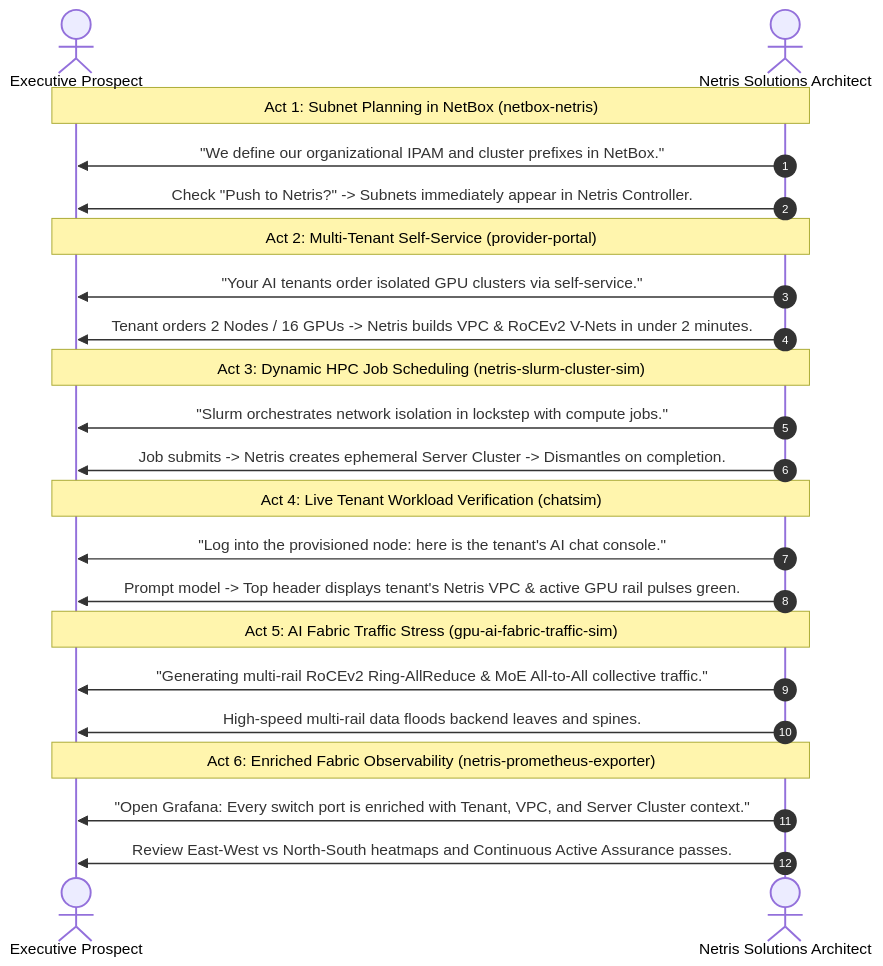
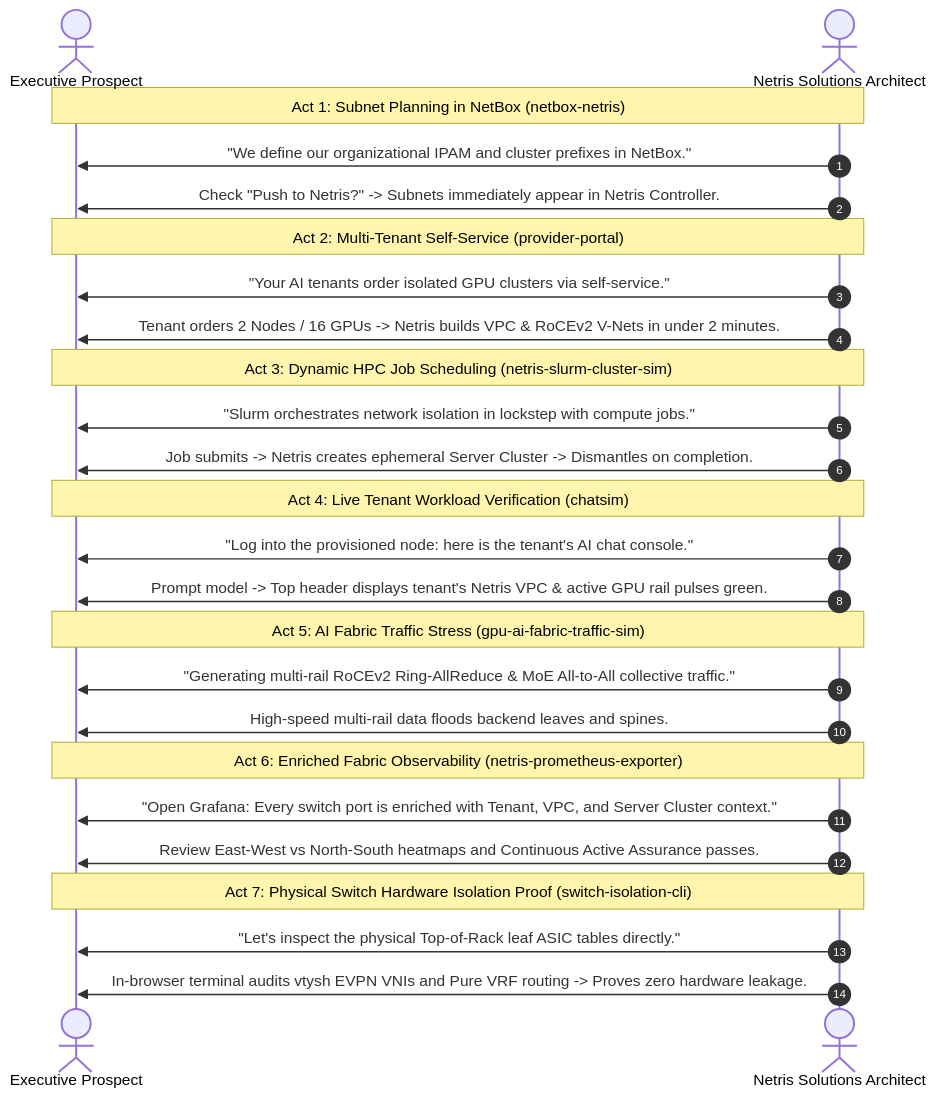
One commit to iamjarvs/netris_demo_portal changed the second of 2 diagrams in README.md. Above: the diagram before and after it, drawn with Mermaid. The commit also changed other lines of this file and 43 other files, not shown here.

First line of the commit message:
feat(suite): integrate switch-isolation-cli, in-browser terminal, and on-demand prometheus telemetry recorder

````diff
--- a/README.md
+++ b/README.md
@@ -88,30 +94,34 @@
 ```mermaid
 sequenceDiagram
     autonumber
     actor Customer as Executive Prospect
     actor SA as Netris Solutions Architect
 
     Note over SA,Customer: Act 1: Subnet Planning in NetBox (netbox-netris)
     SA->>Customer: "We define our organizational IPAM and cluster prefixes in NetBox."
     SA->>Customer: Check "Push to Netris?" -> Subnets immediately appear in Netris Controller.
 
     Note over SA,Customer: Act 2: Multi-Tenant Self-Service (provider-portal)
     SA->>Customer: "Your AI tenants order isolated GPU clusters via self-service."
     SA->>Customer: Tenant orders 2 Nodes / 16 GPUs -> Netris builds VPC & RoCEv2 V-Nets in under 2 minutes.
 
     Note over SA,Customer: Act 3: Dynamic HPC Job Scheduling (netris-slurm-cluster-sim)
     SA->>Customer: "Slurm orchestrates network isolation in lockstep with compute jobs."
     SA->>Customer: Job submits -> Netris creates ephemeral Server Cluster -> Dismantles on completion.
 
     Note over SA,Customer: Act 4: Live Tenant Workload Verification (chatsim)
     SA->>Customer: "Log into the provisioned node: here is the tenant's AI chat console."
     SA->>Customer: Prompt model -> Top header displays tenant's Netris VPC & active GPU rail pulses green.
 
     Note over SA,Customer: Act 5: AI Fabric Traffic Stress (gpu-ai-fabric-traffic-sim)
     SA->>Customer: "Generating multi-rail RoCEv2 Ring-AllReduce & MoE All-to-All collective traffic."
     SA->>Customer: High-speed multi-rail data floods backend leaves and spines.
 
     Note over SA,Customer: Act 6: Enriched Fabric Observability (netris-prometheus-exporter)
     SA->>Customer: "Open Grafana: Every switch port is enriched with Tenant, VPC, and Server Cluster context."
     SA->>Customer: Review East-West vs North-South heatmaps and Continuous Active Assurance passes.
+
+    Note over SA,Customer: Act 7: Physical Switch Hardware Isolation Proof (switch-isolation-cli)
+    SA->>Customer: "Let's inspect the physical Top-of-Rack leaf ASIC tables directly."
+    SA->>Customer: In-browser terminal audits vtysh EVPN VNIs and Pure VRF routing -> Proves zero hardware leakage.
 ```
````
